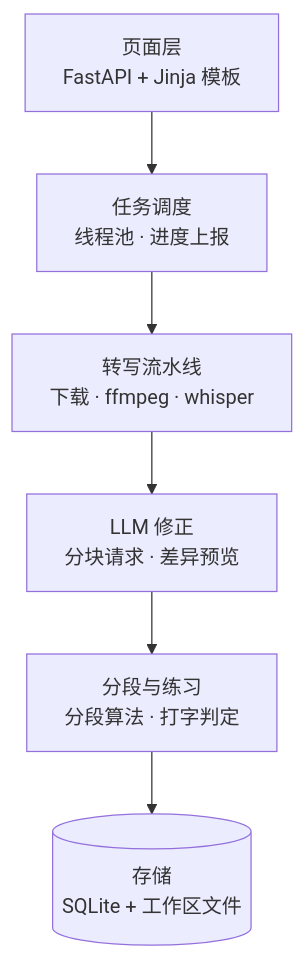
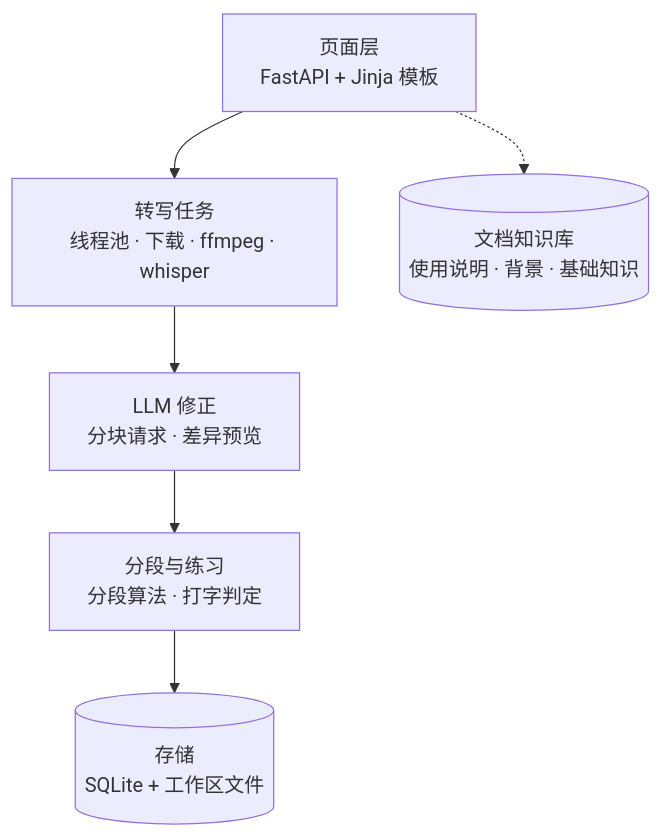
The diagram in PROJECT.md (w-dul/bili2text_docm), drawn with Mermaid before and after one commit. The commit also changed other lines of this file and 9 other files, not shown here.

````diff
--- a/PROJECT.md
+++ b/PROJECT.md
@@ -47,8 +22,8 @@
 ```mermaid
 flowchart TB
-  A[页面层<br/>FastAPI + Jinja 模板] --> B[任务调度<br/>线程池 · 进度上报]
-  B --> C[转写流水线<br/>下载 · ffmpeg · whisper]
-  C --> D[LLM 修正<br/>分块请求 · 差异预览]
+  A[页面层<br/>FastAPI + Jinja 模板] --> B[转写任务<br/>线程池 · 下载 · ffmpeg · whisper]
+  B --> D[LLM 修正<br/>分块请求 · 差异预览]
   D --> E[分段与练习<br/>分段算法 · 打字判定]
   E --> F[(存储<br/>SQLite + 工作区文件)]
+  A -.-> G[(文档知识库<br/>使用说明 · 背景 · 基础知识)]
 ```
````
